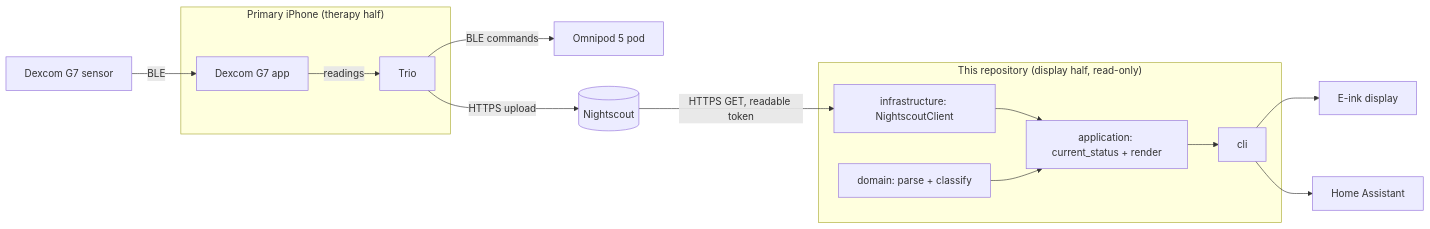
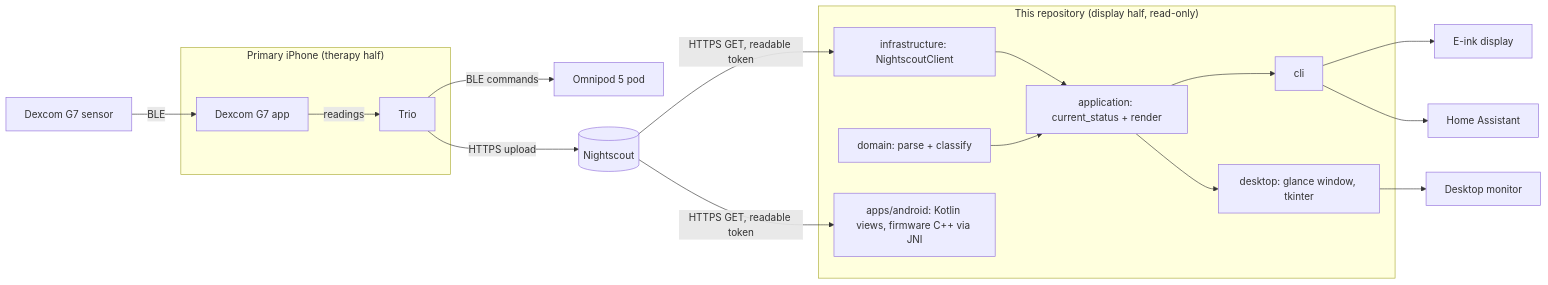
Before and after one commit to esanacore/lightkeeper: the diagram in docs/ARCHITECTURE.md, drawn with Mermaid. The commit also changed other lines of this file and 18 other files, not shown here.

First line of the commit message:
docs: architecture, setup, operations and OTS for the desktop window and the Android app

````diff
--- a/docs/ARCHITECTURE.md
+++ b/docs/ARCHITECTURE.md
@@ -17,23 +17,28 @@
 ```mermaid
 flowchart LR
     subgraph iPhone["Primary iPhone (therapy half)"]
         DexApp[Dexcom G7 app]
         Trio[Trio]
     end
     G7[Dexcom G7 sensor] -- BLE --> DexApp
     DexApp -- readings --> Trio
     Trio -- BLE commands --> Pod[Omnipod 5 pod]
     Trio -- HTTPS upload --> NS[(Nightscout)]
     subgraph Ours["This repository (display half, read-only)"]
         Client[infrastructure: NightscoutClient]
         Domain[domain: parse + classify]
         App[application: current_status + render]
         CLI[cli]
+        Desk[desktop: glance window, tkinter]
+        Droid[apps/android: Kotlin views, firmware C++ via JNI]
     end
     NS -- HTTPS GET, readable token --> Client
     Client --> App
     Domain --> App
     App --> CLI
+    App --> Desk
     CLI --> Eink[E-ink display]
     CLI --> HA[Home Assistant]
+    Desk --> Monitor[Desktop monitor]
+    NS -- HTTPS GET, readable token --> Droid
 ```
````
